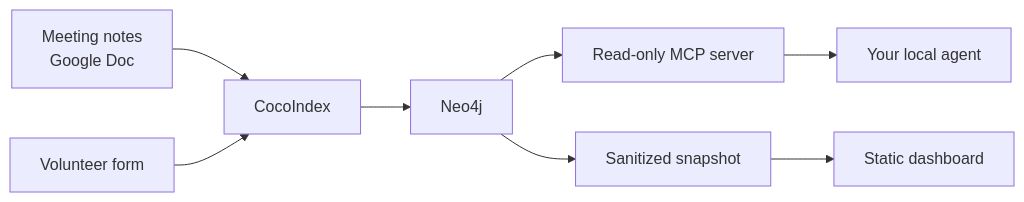
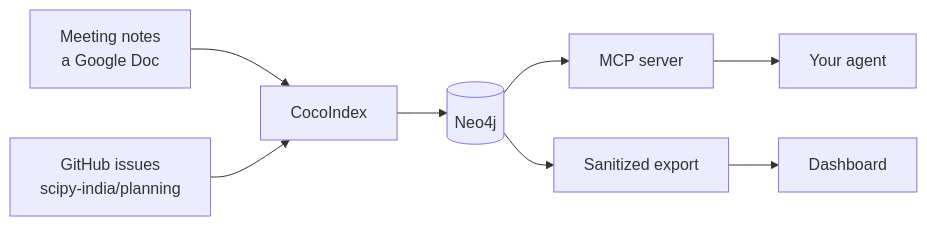
One commit to Haleshot/scipy-india-organizing-tracker changed the diagram in docs/index.md. Above: the diagram before and after it, drawn with Mermaid. The commit also changed other lines of this file and 15 other files, not shown here.

````diff
--- a/docs/index.md
+++ b/docs/index.md
@@ -12,8 +13,8 @@
 ```mermaid
 flowchart LR
-    notes["Meeting notes<br/>Google Doc"] --> coco["CocoIndex"]
-    form["Volunteer form"] --> coco
-    coco --> neo["Neo4j"]
-    neo --> mcp["Read-only MCP server"] --> agent["Your local agent"]
-    neo --> snap["Sanitized snapshot"] --> site["Static dashboard"]
+    doc["Meeting notes<br/>a Google Doc"] --> coco["CocoIndex"]
+    gh["GitHub issues<br/>scipy-india/planning"] --> coco
+    coco --> neo[("Neo4j")]
+    neo --> mcp["MCP server"] --> agent["Your agent"]
+    neo --> snap["Sanitized export"] --> site["Dashboard"]
 ```
````
